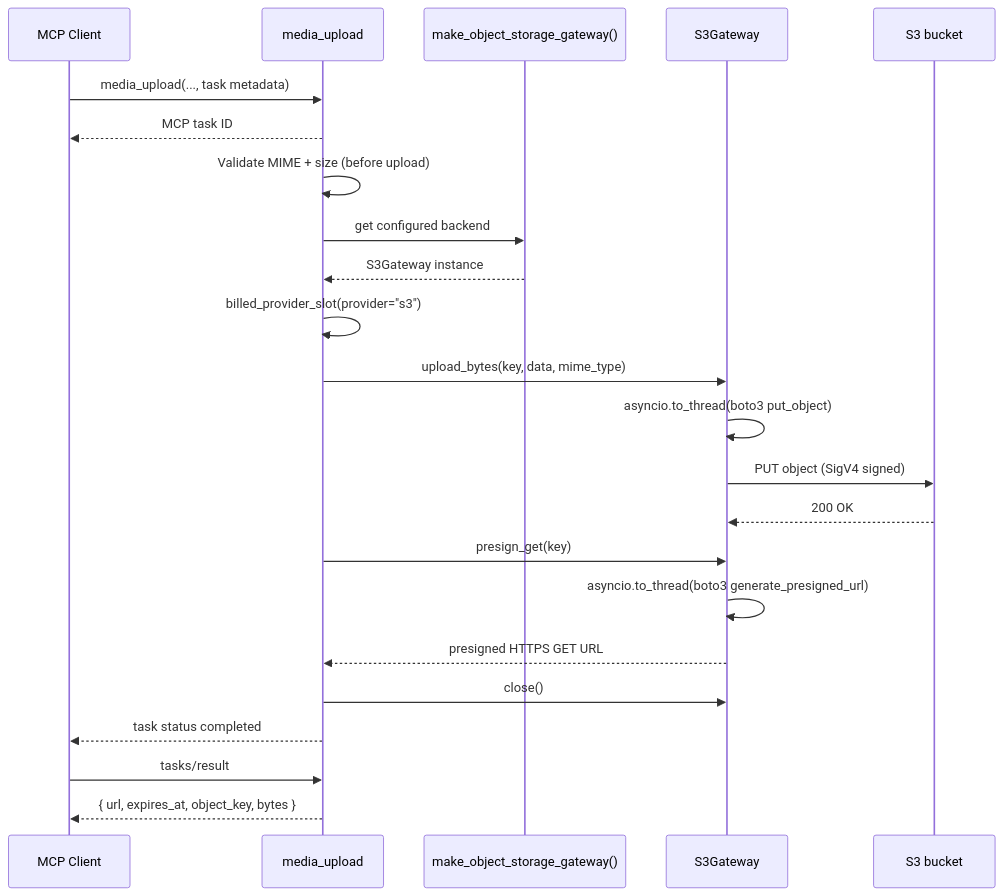
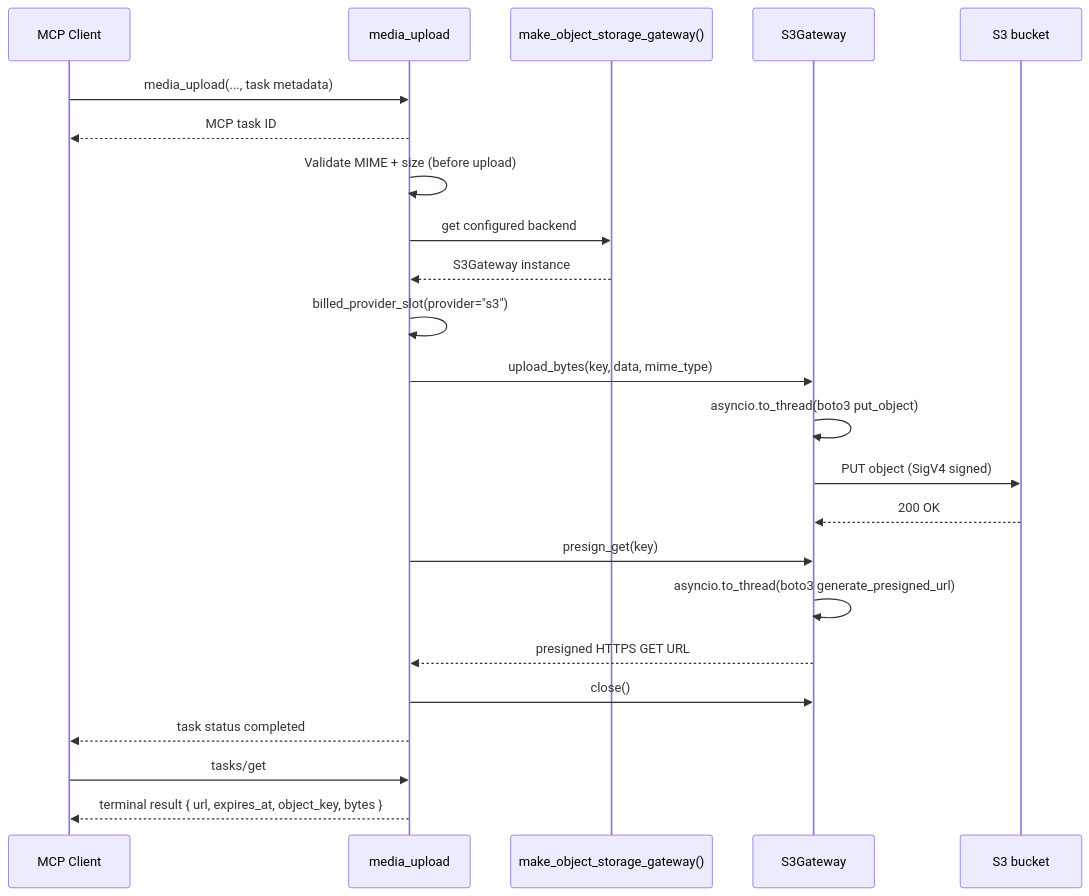
The second of 3 diagrams in docs/s3-object-storage.md (byteplus-sa/modelark-mcp), drawn with Mermaid before and after one commit. The commit also changed other lines of this file and 12 other files, not shown here.

````diff
--- a/docs/s3-object-storage.md
+++ b/docs/s3-object-storage.md
@@ -49,26 +49,26 @@
 ```mermaid
 sequenceDiagram
     participant C as MCP Client
     participant T as media_upload
     participant F as make_object_storage_gateway()
     participant G as S3Gateway
     participant S3 as S3 bucket
 
     C->>T: media_upload(..., task metadata)
     T-->>C: MCP task ID
     T->>T: Validate MIME + size (before upload)
     T->>F: get configured backend
     F-->>T: S3Gateway instance
     T->>T: billed_provider_slot(provider="s3")
     T->>G: upload_bytes(key, data, mime_type)
     G->>G: asyncio.to_thread(boto3 put_object)
     G->>S3: PUT object (SigV4 signed)
     S3-->>G: 200 OK
     T->>G: presign_get(key)
     G->>G: asyncio.to_thread(boto3 generate_presigned_url)
     G-->>T: presigned HTTPS GET URL
     T->>G: close()
     T-->>C: task status completed
-    C->>T: tasks/result
-    T-->>C: { url, expires_at, object_key, bytes }
+    C->>T: tasks/get
+    T-->>C: terminal result { url, expires_at, object_key, bytes }
 ```
````
